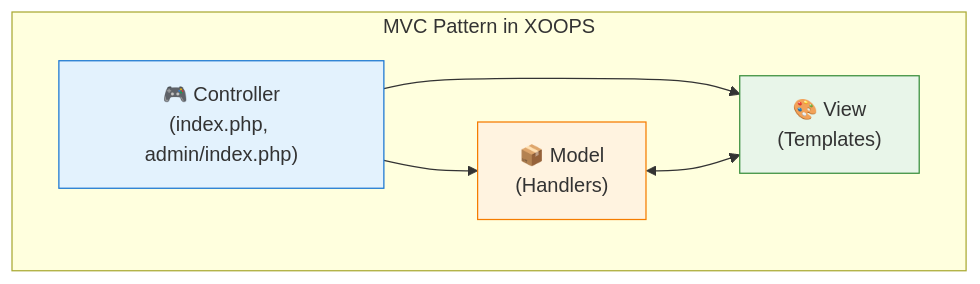
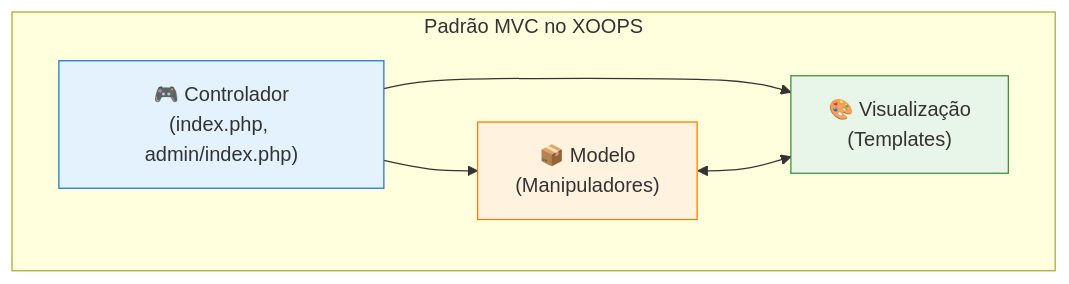
The diagram in apps/docs-27/src/content/docs/pt/core-concepts/design-patterns.md (mambax7/xoops-docs), drawn with Mermaid before and after one commit. The commit also changed other lines of this file and 162 other files, not shown here.

````diff
--- a/apps/docs-27/src/content/docs/pt/core-concepts/design-patterns.md
+++ b/apps/docs-27/src/content/docs/pt/core-concepts/design-patterns.md
@@ -37,16 +37,16 @@
 ```mermaid
 flowchart TB
-    subgraph MVC["MVC Pattern in XOOPS"]
-        Controller["🎮 Controller<br/>(index.php, admin/index.php)"]
-        Model["📦 Model<br/>(Handlers)"]
-        View["🎨 View<br/>(Templates)"]
+    subgraph MVC["Padrão MVC no XOOPS"]
+        Controller["🎮 Controlador<br/>(index.php, admin/index.php)"]
+        Model["📦 Modelo<br/>(Manipuladores)"]
+        View["🎨 Visualização<br/>(Templates)"]
 
         Controller --> Model
         Controller --> View
         Model <--> View
     end
 
     style Controller fill:#e3f2fd,stroke:#1976d2
     style Model fill:#fff3e0,stroke:#f57c00
     style View fill:#e8f5e9,stroke:#388e3c
 ```
````
